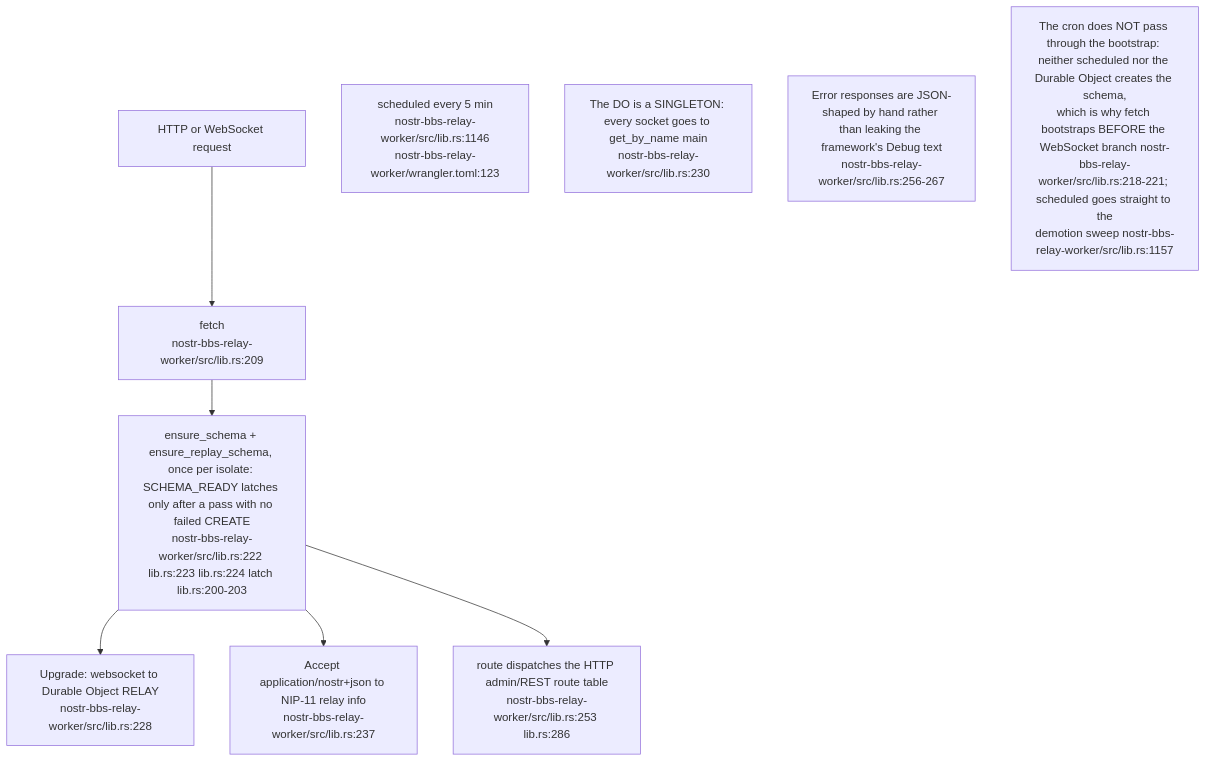
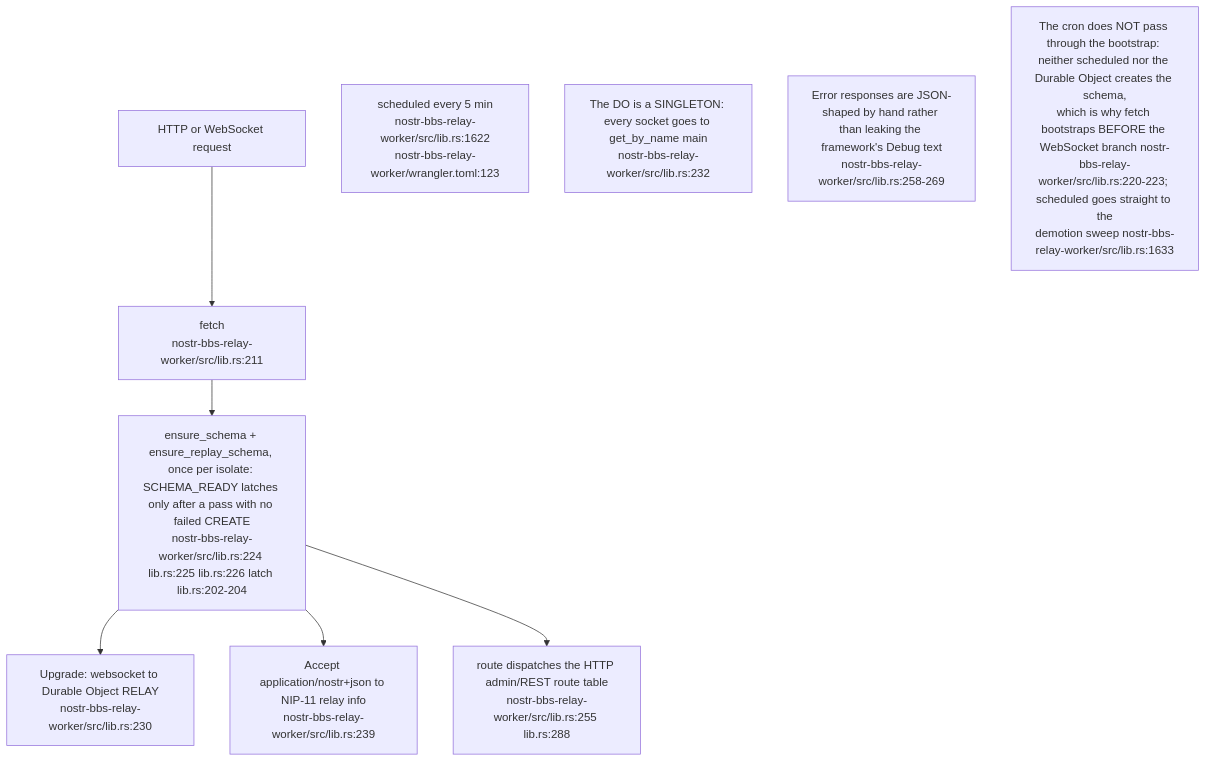
The first of 16 diagrams in docs/diagrams/nostr-rust-forum/03-relay-worker-admission-auth-and-trust.md (DreamLab-AI/VisionFlow), drawn with Mermaid before and after one commit. The commit also changed other lines of this file, not shown here.

First line of the commit message:
docs(diagrams): re-verify NF-03 against nostr-rust-forum af4f0d5

````diff
--- a/docs/diagrams/nostr-rust-forum/03-relay-worker-admission-auth-and-trust.md
+++ b/docs/diagrams/nostr-rust-forum/03-relay-worker-admission-auth-and-trust.md
@@ -31,19 +32,19 @@
 ```mermaid
 flowchart TB
     REQ["HTTP or WebSocket request"]
-    F["fetch<br/>nostr-bbs-relay-worker/src/lib.rs:209"]
-    BOOT["ensure_schema + ensure_replay_schema, once per isolate: SCHEMA_READY latches only after a pass with no failed CREATE<br/>nostr-bbs-relay-worker/src/lib.rs:222 lib.rs:223 lib.rs:224 latch lib.rs:200-203"]
-    WS["Upgrade: websocket to Durable Object RELAY<br/>nostr-bbs-relay-worker/src/lib.rs:228"]
-    N11["Accept application/nostr+json to NIP-11 relay info<br/>nostr-bbs-relay-worker/src/lib.rs:237"]
-    RT["route dispatches the HTTP admin/REST route table<br/>nostr-bbs-relay-worker/src/lib.rs:253 lib.rs:286"]
-    CRON["scheduled every 5 min<br/>nostr-bbs-relay-worker/src/lib.rs:1146<br/>nostr-bbs-relay-worker/wrangler.toml:123"]
+    F["fetch<br/>nostr-bbs-relay-worker/src/lib.rs:211"]
+    BOOT["ensure_schema + ensure_replay_schema, once per isolate: SCHEMA_READY latches only after a pass with no failed CREATE<br/>nostr-bbs-relay-worker/src/lib.rs:224 lib.rs:225 lib.rs:226 latch lib.rs:202-204"]
+    WS["Upgrade: websocket to Durable Object RELAY<br/>nostr-bbs-relay-worker/src/lib.rs:230"]
+    N11["Accept application/nostr+json to NIP-11 relay info<br/>nostr-bbs-relay-worker/src/lib.rs:239"]
+    RT["route dispatches the HTTP admin/REST route table<br/>nostr-bbs-relay-worker/src/lib.rs:255 lib.rs:288"]
+    CRON["scheduled every 5 min<br/>nostr-bbs-relay-worker/src/lib.rs:1622<br/>nostr-bbs-relay-worker/wrangler.toml:123"]
 
     REQ --> F --> BOOT
     BOOT --> WS
     BOOT --> N11
     BOOT --> RT
 
-    N1["The DO is a SINGLETON: every socket goes to get_by_name main<br/>nostr-bbs-relay-worker/src/lib.rs:230"]
-    N2["Error responses are JSON-shaped by hand rather than leaking the framework's Debug text<br/>nostr-bbs-relay-worker/src/lib.rs:256-267"]
-    N3["The cron does NOT pass through the bootstrap: neither scheduled nor the Durable Object creates the schema,<br/>which is why fetch bootstraps BEFORE the WebSocket branch nostr-bbs-relay-worker/src/lib.rs:218-221; scheduled goes straight to the<br/>demotion sweep nostr-bbs-relay-worker/src/lib.rs:1157"]
+    N1["The DO is a SINGLETON: every socket goes to get_by_name main<br/>nostr-bbs-relay-worker/src/lib.rs:232"]
+    N2["Error responses are JSON-shaped by hand rather than leaking the framework's Debug text<br/>nostr-bbs-relay-worker/src/lib.rs:258-269"]
+    N3["The cron does NOT pass through the bootstrap: neither scheduled nor the Durable Object creates the schema,<br/>which is why fetch bootstraps BEFORE the WebSocket branch nostr-bbs-relay-worker/src/lib.rs:220-223; scheduled goes straight to the<br/>demotion sweep nostr-bbs-relay-worker/src/lib.rs:1633"]
 ```
````
